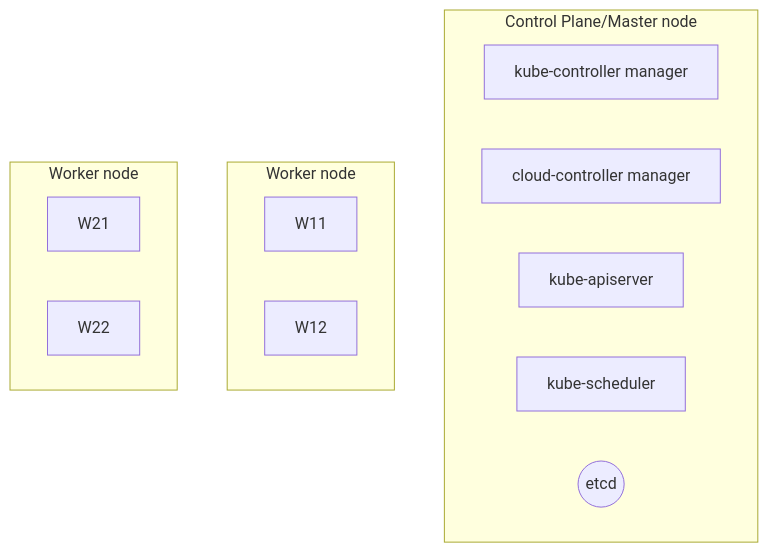
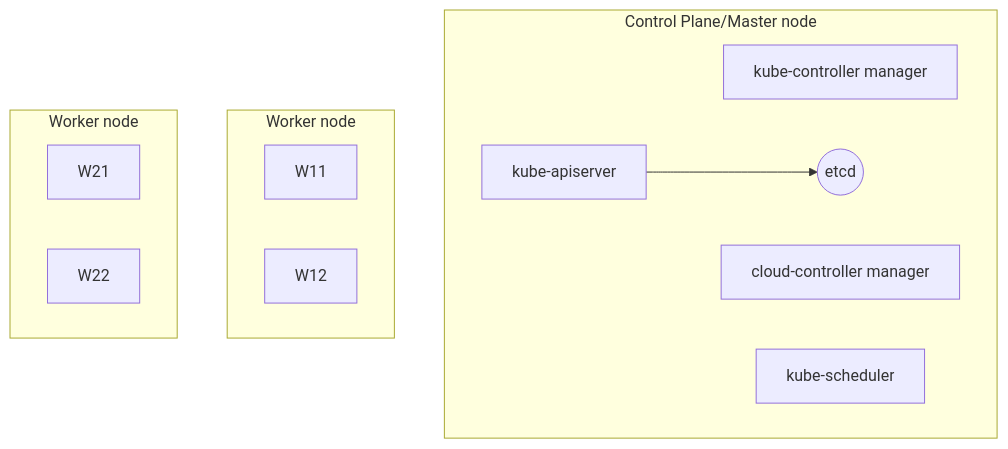
Before and after one commit to pratshield/docker-kubernetes: the diagram in kubernetes/nodes.md, drawn with Mermaid.

````diff
--- a/kubernetes/nodes.md
+++ b/kubernetes/nodes.md
@@ -9,18 +9,18 @@
 ```mermaid
 flowchart TB
   subgraph "Control Plane/Master node"
   A[kube-controller manager]
   B[cloud-controller manager]
-  C[kube-apiserver]
+  C[kube-apiserver]-->E
   D[kube-scheduler]
   E((etcd))
   end
   subgraph "Worker node"
   W11
   W12 
   end
   subgraph "Worker node"
   W21
   W22
   end
 ```
````
